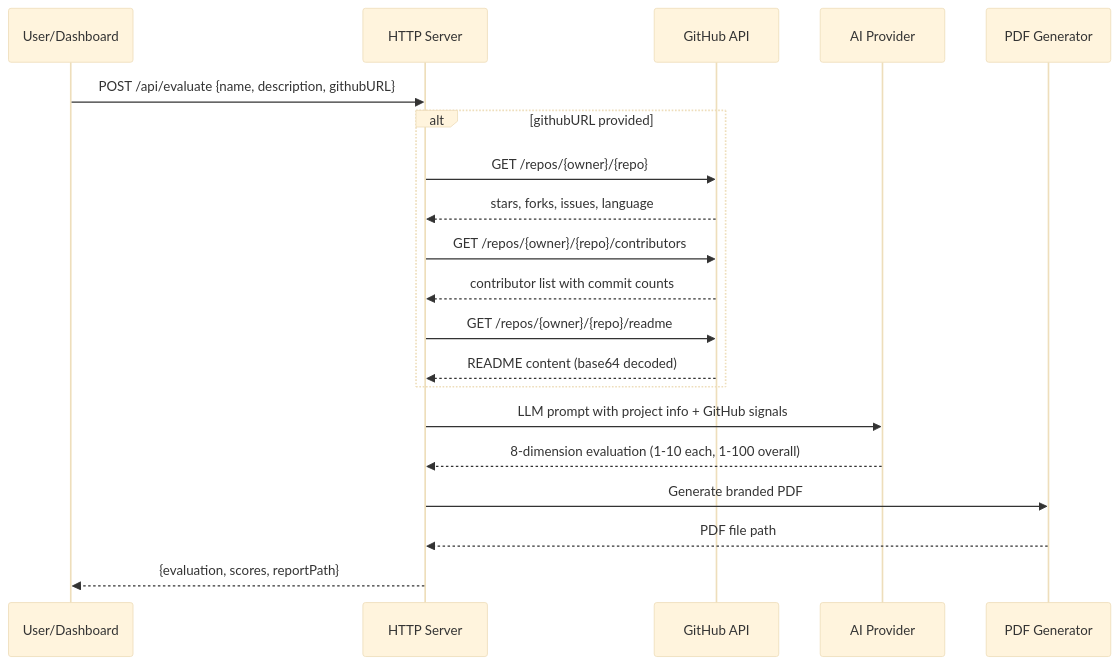
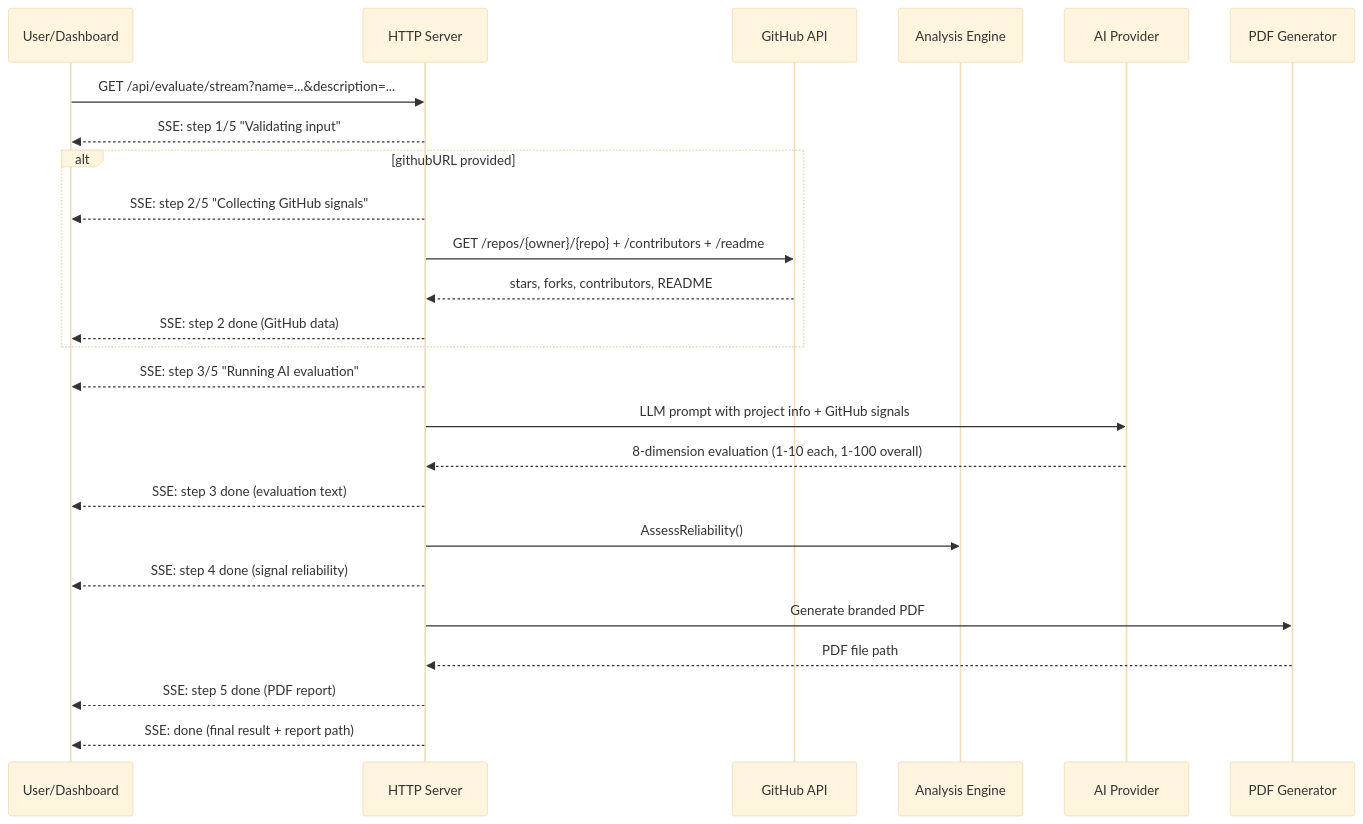
One commit to yeheskieltame/Tessera changed the third of 8 diagrams in README.md. Above: the diagram before and after it, drawn with Mermaid (base theme). The commit also changed other lines of this file and 18 other files, not shown here.

First line of the commit message:
Add Signal Quality Framework, adaptive collection, 9 data sources, donor profiling

````diff
--- a/README.md
+++ b/README.md
@@ -203,27 +228,33 @@
 ```mermaid
 sequenceDiagram
     participant U as User/Dashboard
     participant S as HTTP Server
     participant G as GitHub API
+    participant A as Analysis Engine
     participant P as AI Provider
     participant R as PDF Generator
 
-    U->>S: POST /api/evaluate {name, description, githubURL}
+    U->>S: GET /api/evaluate/stream?name=...&description=...
+    S-->>U: SSE: step 1/5 "Validating input"
 
     alt githubURL provided
-        S->>G: GET /repos/{owner}/{repo}
-        G-->>S: stars, forks, issues, language
-        S->>G: GET /repos/{owner}/{repo}/contributors
-        G-->>S: contributor list with commit counts
-        S->>G: GET /repos/{owner}/{repo}/readme
-        G-->>S: README content (base64 decoded)
+        S-->>U: SSE: step 2/5 "Collecting GitHub signals"
+        S->>G: GET /repos/{owner}/{repo} + /contributors + /readme
+        G-->>S: stars, forks, contributors, README
+        S-->>U: SSE: step 2 done (GitHub data)
     end
 
+    S-->>U: SSE: step 3/5 "Running AI evaluation"
     S->>P: LLM prompt with project info + GitHub signals
     P-->>S: 8-dimension evaluation (1-10 each, 1-100 overall)
+    S-->>U: SSE: step 3 done (evaluation text)
+
+    S->>A: AssessReliability()
+    S-->>U: SSE: step 4 done (signal reliability)
 
     S->>R: Generate branded PDF
     R-->>S: PDF file path
+    S-->>U: SSE: step 5 done (PDF report)
 
-    S-->>U: {evaluation, scores, reportPath}
+    S-->>U: SSE: done (final result + report path)
 ```
````
